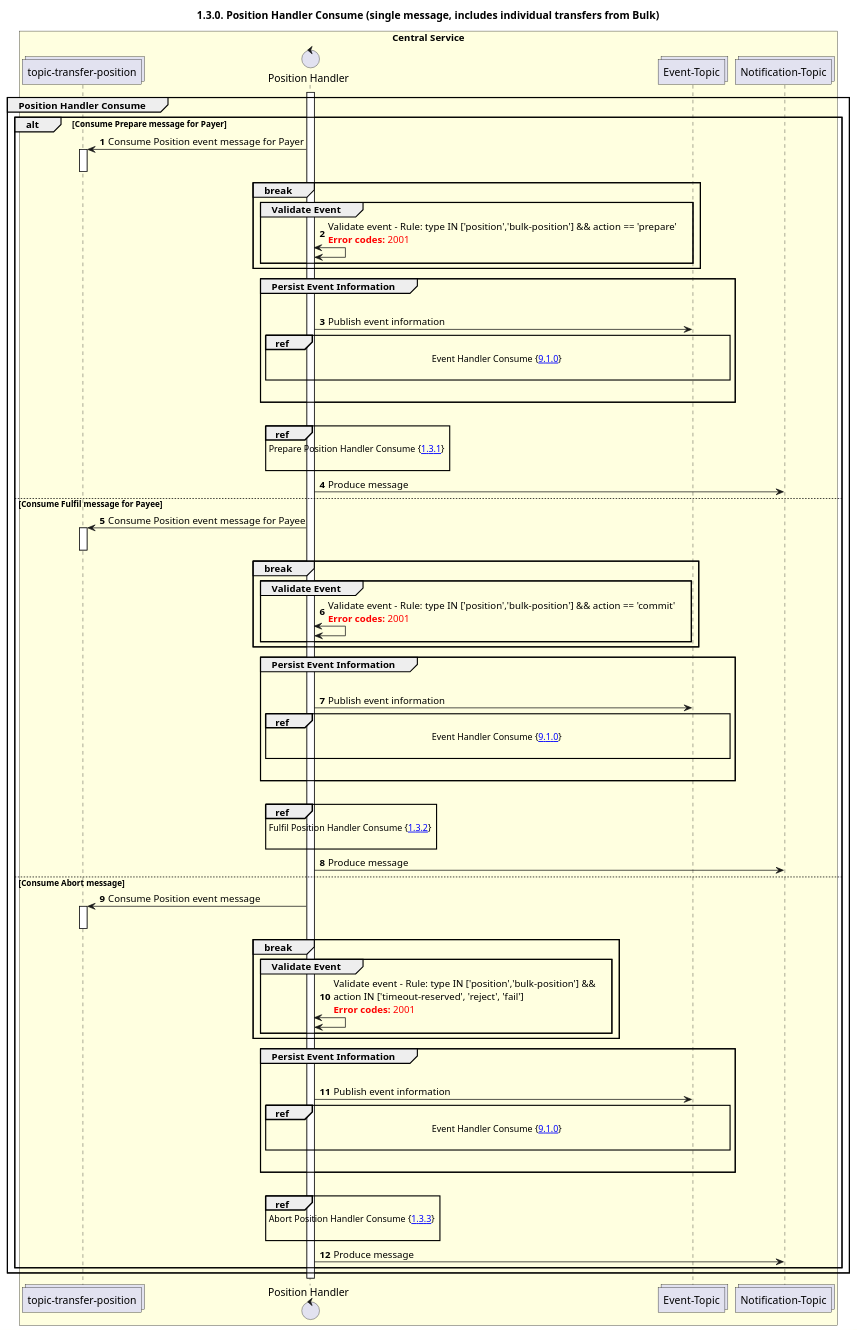
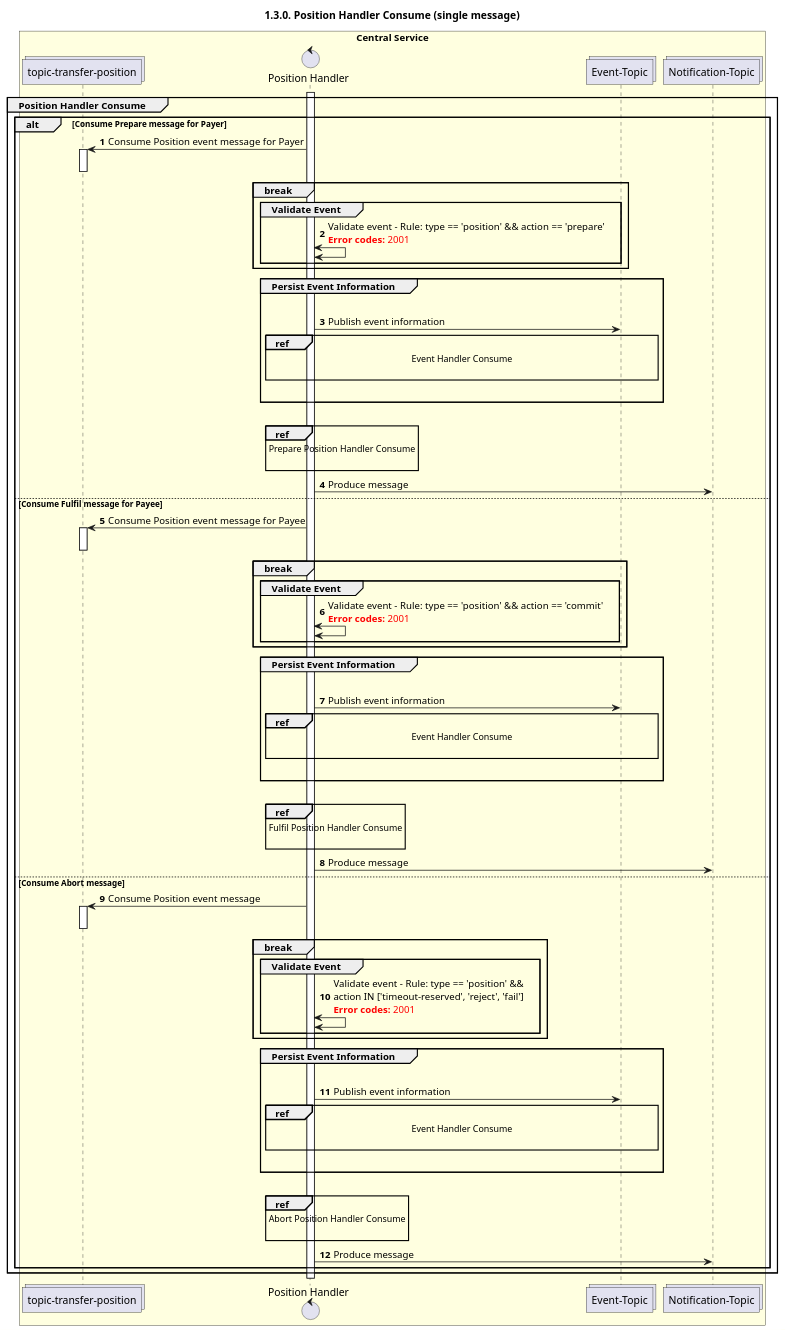
The diagram in mojaloop-technical-overview/central-ledger/assets/diagrams/sequence/seq-position-1.3.0.plantuml (mojaloop/documentation), drawn with PlantUML before and after one commit. The commit also changed other lines of this file and 147 other files, not shown here.

```diff
--- a/mojaloop-technical-overview/central-ledger/assets/diagrams/sequence/seq-position-1.3.0.plantuml
+++ b/mojaloop-technical-overview/central-ledger/assets/diagrams/sequence/seq-position-1.3.0.plantuml
@@ -28,89 +27,89 @@
 @startuml
 ' declate title
-title 1.3.0. Position Handler Consume (single message, includes individual transfers from Bulk)
+title 1.3.0. Position Handler Consume (single message)
 
 autonumber
 
 ' Actor Keys:
 '   boundary - APIs/Interfaces, etc
 '   collections - Kafka Topics
 '   control - Kafka Consumers
 '   entity - Database Access Objects
 '   database - Database Persistance Store
 
 ' declare actors
 collections "topic-transfer-position" as TOPIC_TRANSFER_POSITION
 control "Position Handler" as POS_HANDLER
 collections "Event-Topic" as TOPIC_EVENTS
 collections "Notification-Topic" as TOPIC_NOTIFICATIONS
 
 
 box "Central Service" #LightYellow
     participant TOPIC_TRANSFER_POSITION
     participant POS_HANDLER
     participant TOPIC_EVENTS
     participant TOPIC_NOTIFICATIONS
 end box
 
 ' start flow
 activate POS_HANDLER
 group Position Handler Consume
     alt Consume Prepare message for Payer
         TOPIC_TRANSFER_POSITION <- POS_HANDLER: Consume Position event message for Payer
         activate TOPIC_TRANSFER_POSITION
         deactivate TOPIC_TRANSFER_POSITION
         break
             group Validate Event
-                POS_HANDLER <-> POS_HANDLER: Validate event - Rule: type IN ['position','bulk-position'] && action == 'prepare'\n<color #FF0000><b>Error codes:</b> 2001</color>
+                POS_HANDLER <-> POS_HANDLER: Validate event - Rule: type == 'position' && action == 'prepare'\n<color #FF0000><b>Error codes:</b> 2001</color>
             end
         end
         group Persist Event Information
             |||
             POS_HANDLER -> TOPIC_EVENTS: Publish event information
-            ref over POS_HANDLER, TOPIC_EVENTS :  Event Handler Consume {[[https://github.com/mojaloop/docs/blob/master/Diagrams/SequenceDiagrams/seq-event-9.1.0.svg 9.1.0]]} \n
+            ref over POS_HANDLER, TOPIC_EVENTS :  Event Handler Consume\n
             |||
         end
         |||
-        ref over POS_HANDLER: Prepare Position Handler Consume {[[https://github.com/mojaloop/docs/blob/master/Diagrams/SequenceDiagrams/seq-position-1.3.1-prepare.svg 1.3.1]]} \n
+        ref over POS_HANDLER: Prepare Position Handler Consume\n
         POS_HANDLER -> TOPIC_NOTIFICATIONS: Produce message
     else Consume Fulfil message for Payee
         TOPIC_TRANSFER_POSITION <- POS_HANDLER: Consume Position event message for Payee
         activate TOPIC_TRANSFER_POSITION
         deactivate TOPIC_TRANSFER_POSITION
         break
             group Validate Event
-                POS_HANDLER <-> POS_HANDLER: Validate event - Rule: type IN ['position','bulk-position'] && action == 'commit'\n<color #FF0000><b>Error codes:</b> 2001</color>
+                POS_HANDLER <-> POS_HANDLER: Validate event - Rule: type == 'position' && action == 'commit'\n<color #FF0000><b>Error codes:</b> 2001</color>
             end
         end
         group Persist Event Information
             |||
             POS_HANDLER -> TOPIC_EVENTS: Publish event information
-            ref over POS_HANDLER, TOPIC_EVENTS :  Event Handler Consume {[[https://github.com/mojaloop/docs/blob/master/Diagrams/SequenceDiagrams/seq-event-9.1.0.svg 9.1.0]]} \n
+            ref over POS_HANDLER, TOPIC_EVENTS :  Event Handler Consume\n
             |||
         end
         |||
-        ref over POS_HANDLER: Fulfil Position Handler Consume {[[https://github.com/mojaloop/docs/blob/master/Diagrams/SequenceDiagrams/seq-position-1.3.2-fulfil.svg 1.3.2]]} \n
+        ref over POS_HANDLER: Fulfil Position Handler Consume\n
         POS_HANDLER -> TOPIC_NOTIFICATIONS: Produce message
     else Consume Abort message
         TOPIC_TRANSFER_POSITION <- POS_HANDLER: Consume Position event message
         activate TOPIC_TRANSFER_POSITION
         deactivate TOPIC_TRANSFER_POSITION
         break
             group Validate Event
-                POS_HANDLER <-> POS_HANDLER: Validate event - Rule: type IN ['position','bulk-position'] &&\naction IN ['timeout-reserved', 'reject', 'fail']\n<color #FF0000><b>Error codes:</b> 2001</color>
+                POS_HANDLER <-> POS_HANDLER: Validate event - Rule: type == 'position' &&\naction IN ['timeout-reserved', 'reject', 'fail']\n<color #FF0000><b>Error codes:</b> 2001</color>
             end
         end
         group Persist Event Information
             |||
             POS_HANDLER -> TOPIC_EVENTS: Publish event information
-            ref over POS_HANDLER, TOPIC_EVENTS :  Event Handler Consume {[[https://github.com/mojaloop/docs/blob/master/Diagrams/SequenceDiagrams/seq-event-9.1.0.svg 9.1.0]]} \n
+            ref over POS_HANDLER, TOPIC_EVENTS :  Event Handler Consume\n
             |||
         end
         |||
-        ref over POS_HANDLER: Abort Position Handler Consume {[[https://github.com/mojaloop/docs/blob/master/Diagrams/SequenceDiagrams/seq-position-1.3.3-abort.svg 1.3.3]]} \n
+        ref over POS_HANDLER: Abort Position Handler Consume\n
         POS_HANDLER -> TOPIC_NOTIFICATIONS: Produce message
     end
 
 end
 deactivate POS_HANDLER
 @enduml
```
